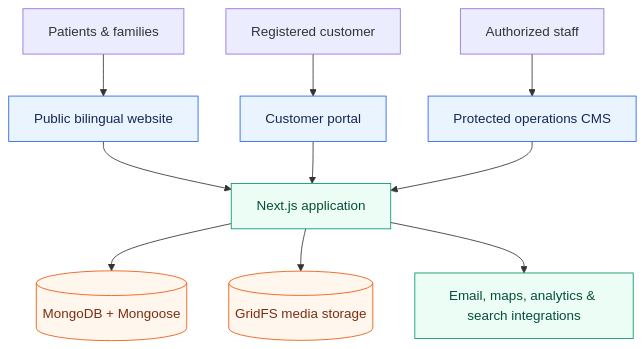
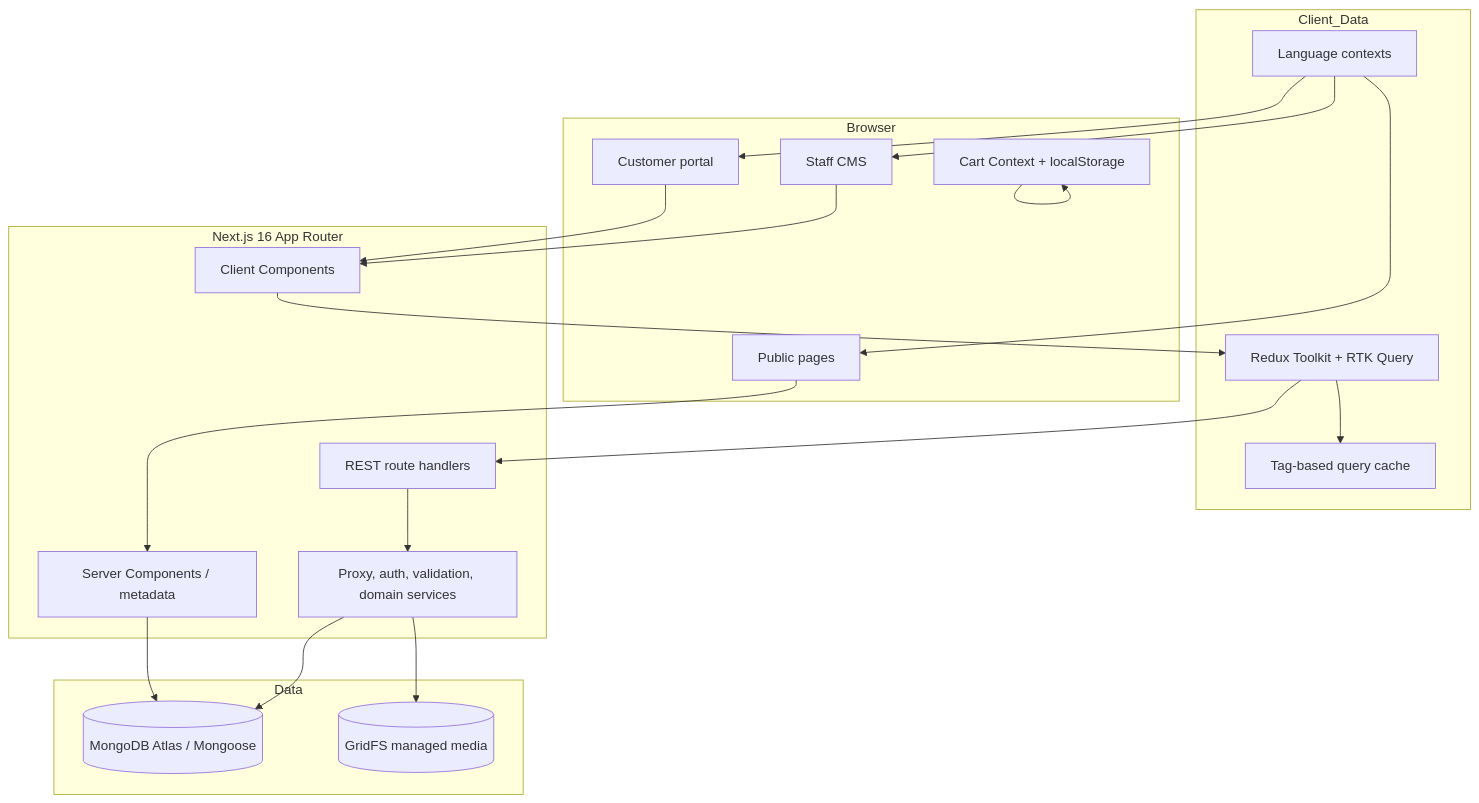
The first of 6 diagrams in README.md (zakaria-akash/care-bangla-group-web-application), drawn with Mermaid before and after one commit. The commit also changed other lines of this file and 11 other files, not shown here.

````diff
--- a/README.md
+++ b/README.md
@@ -62,21 +84,40 @@
 ```mermaid
 flowchart TB
-  Visitor[Patients & families] --> Public[Public bilingual website]
-  Customer[Registered customer] --> Portal[Customer portal]
-  Staff[Authorized staff] --> CMS[Protected operations CMS]
+  subgraph Browser
+    P[Public pages]
+    U[Customer portal]
+    A[Staff CMS]
+    Cart[Cart Context + localStorage]
+  end
 
-  Public --> App[Next.js application]
-  Portal --> App
-  CMS --> App
+  subgraph Client_Data
+    RTK[Redux Toolkit + RTK Query]
+    Cache[Tag-based query cache]
+    Lang[Language contexts]
+  end
 
-  App --> Data[(MongoDB + Mongoose)]
-  App --> Media[(GridFS media storage)]
-  App --> Integrations[Email, maps, analytics & search integrations]
+  subgraph NextJS[Next.js 16 App Router]
+    SC[Server Components / metadata]
+    CC[Client Components]
+    API[REST route handlers]
+    Guard[Proxy, auth, validation, domain services]
+  end
 
-  classDef experience fill:#EAF4FF,stroke:#2563EB,color:#172554;
-  classDef platform fill:#ECFDF5,stroke:#059669,color:#064E3B;
-  classDef data fill:#FFF7ED,stroke:#EA580C,color:#7C2D12;
-  class Public,Portal,CMS experience;
-  class App,Integrations platform;
-  class Data,Media data;
+  subgraph Data
+    Mongo[(MongoDB Atlas / Mongoose)]
+    GridFS[(GridFS managed media)]
+  end
+
+  P --> SC
+  U --> CC
+  A --> CC
+  CC --> RTK --> Cache
+  Cart --> Cart
+  RTK --> API
+  SC --> Mongo
+  API --> Guard --> Mongo
+  Guard --> GridFS
+  Lang --> P
+  Lang --> U
+  Lang --> A
 ```
````
